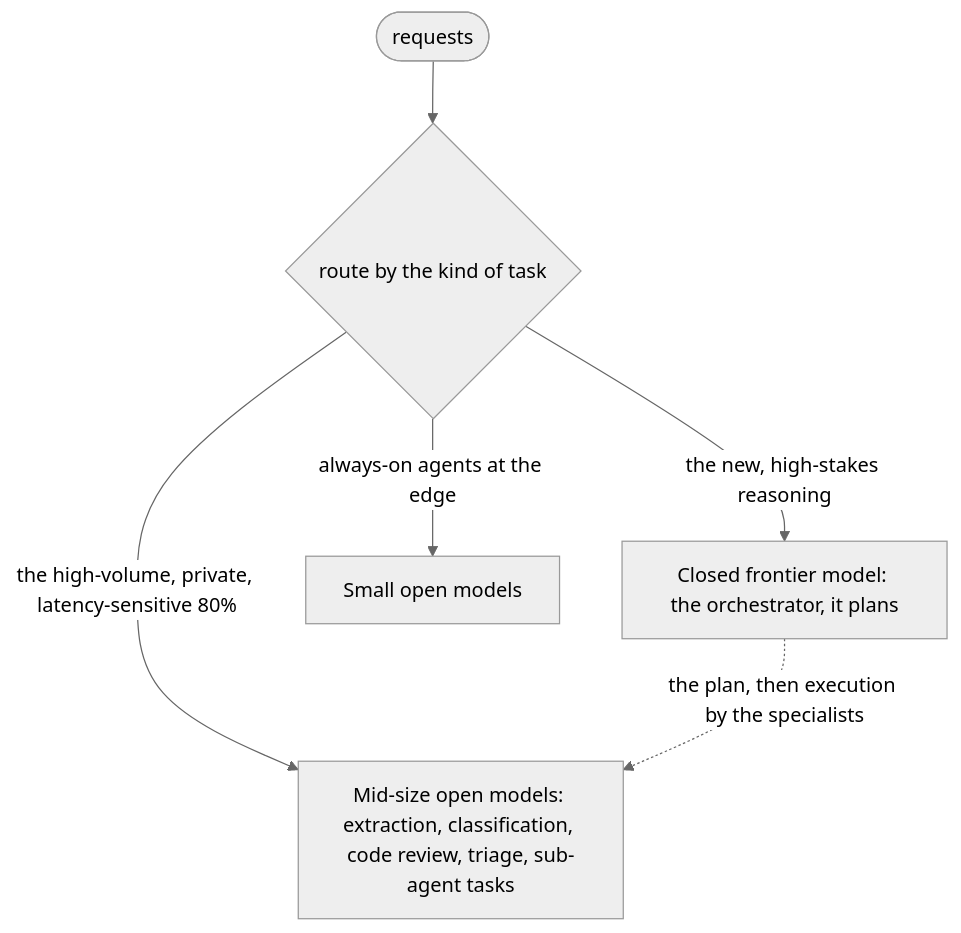
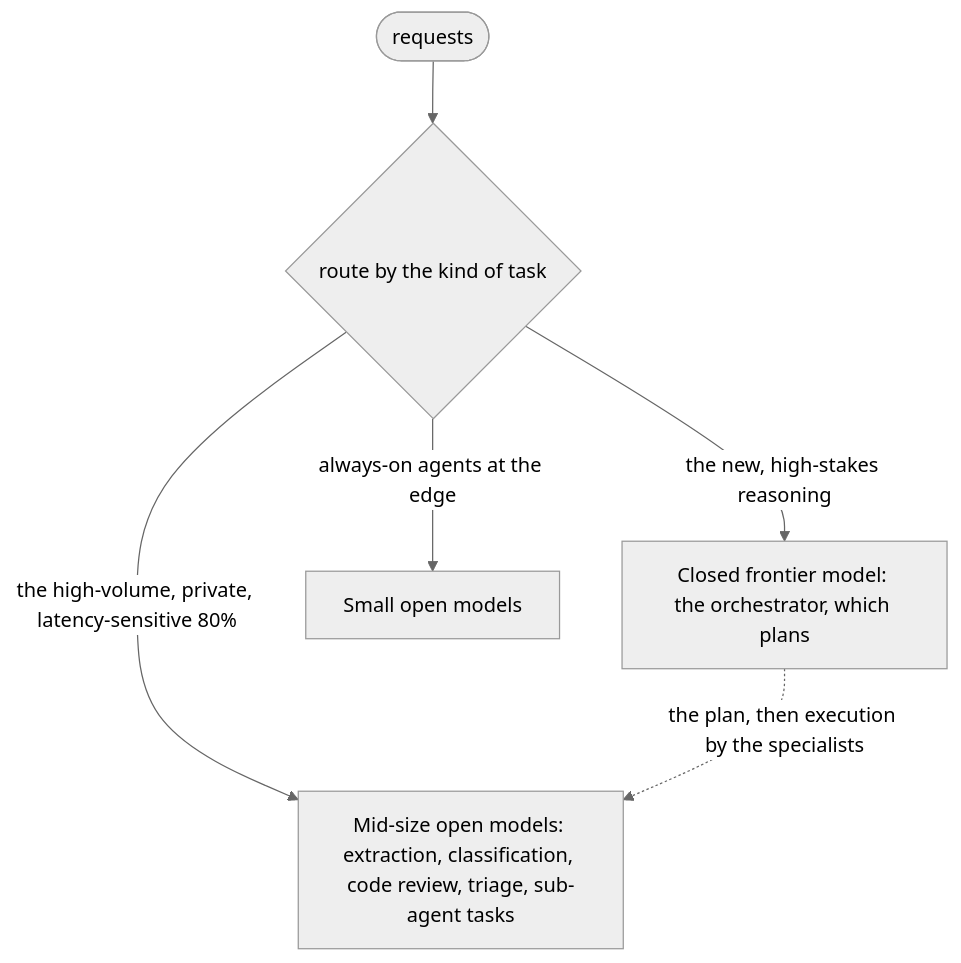
One commit to aniryou/full-stack-agentic-engineer changed the diagram in 00-foundations/model-landscape/open-weight-llms-primer.md. Above: the diagram before and after it, drawn with Mermaid (neutral theme). The commit also changed other lines of this file and 39 other files, not shown here.

````diff
--- a/00-foundations/model-landscape/open-weight-llms-primer.md
+++ b/00-foundations/model-landscape/open-weight-llms-primer.md
@@ -449,8 +434,8 @@
 ```mermaid
 flowchart TB
   W(["requests"]) --> P{"route by the kind of task"}
-  P -->|"the new, high-stakes reasoning"| C["Closed frontier model: the orchestrator, it plans"]
+  P -->|"the new, high-stakes reasoning"| C["Closed frontier model: the orchestrator, which plans"]
   P -->|"the high-volume, private, latency-sensitive 80%"| M["Mid-size open models: extraction, classification, code review, triage, sub-agent tasks"]
   P -->|"always-on agents at the edge"| S["Small open models"]
   C -.->|"the plan, then execution by the specialists"| M
 ```
````
